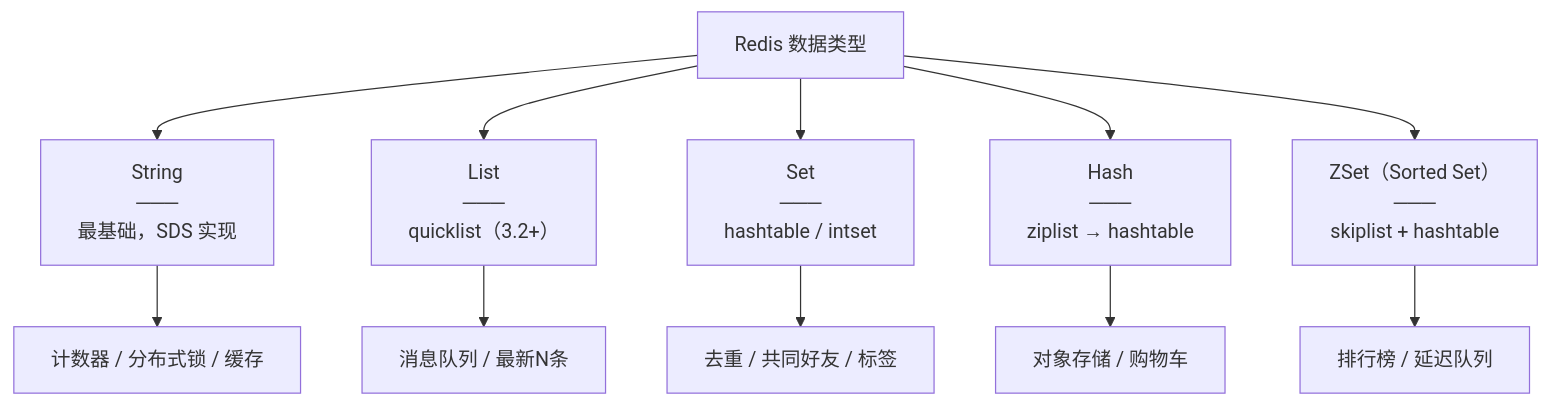
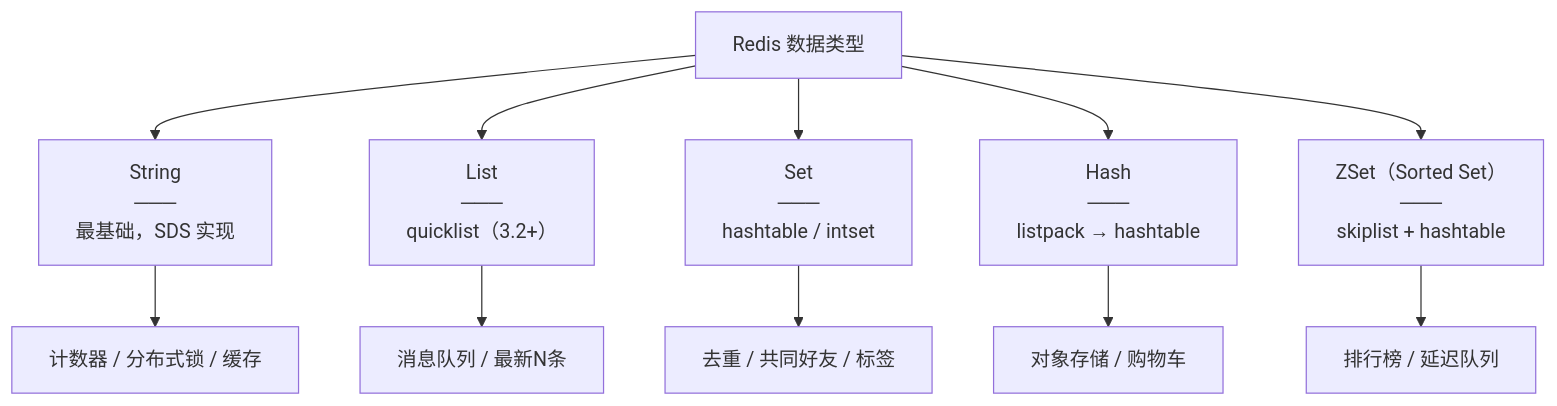
One commit to reallyhwc/ans-ai-auto-notes changed the first of 16 diagrams in kb/技术/Java/Redis 常用数据类型与使用场景.md. Above: the diagram before and after it, drawn with Mermaid. The commit also changed other lines of this file and 18 other files, not shown here.

````diff
--- a/kb/技术/Java/Redis 常用数据类型与使用场景.md
+++ b/kb/技术/Java/Redis 常用数据类型与使用场景.md
@@ -10,14 +14,14 @@
 ```mermaid
 flowchart TD
     Redis[Redis 数据类型] --> String["String<br/>───<br/>最基础，SDS 实现"]
     Redis --> List["List<br/>───<br/>quicklist（3.2+）"]
     Redis --> Set["Set<br/>───<br/>hashtable / intset"]
-    Redis --> Hash["Hash<br/>───<br/>ziplist → hashtable"]
+    Redis --> Hash["Hash<br/>───<br/>listpack → hashtable"]
     Redis --> ZSet["ZSet（Sorted Set）<br/>───<br/>skiplist + hashtable"]
 
     String --> S1[计数器 / 分布式锁 / 缓存]
     List --> L1[消息队列 / 最新N条]
     Set --> SE1[去重 / 共同好友 / 标签]
     Hash --> H1[对象存储 / 购物车]
     ZSet --> Z1[排行榜 / 延迟队列]
 ```
````
